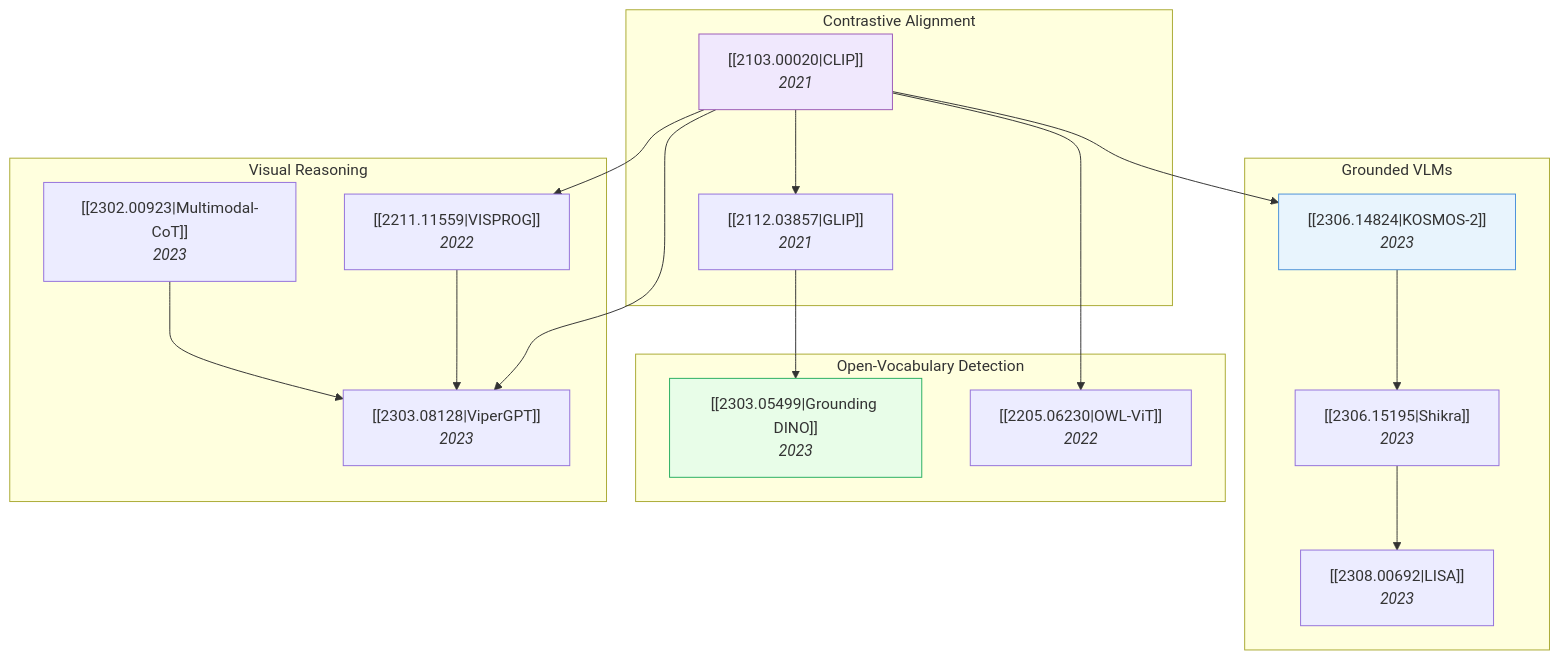
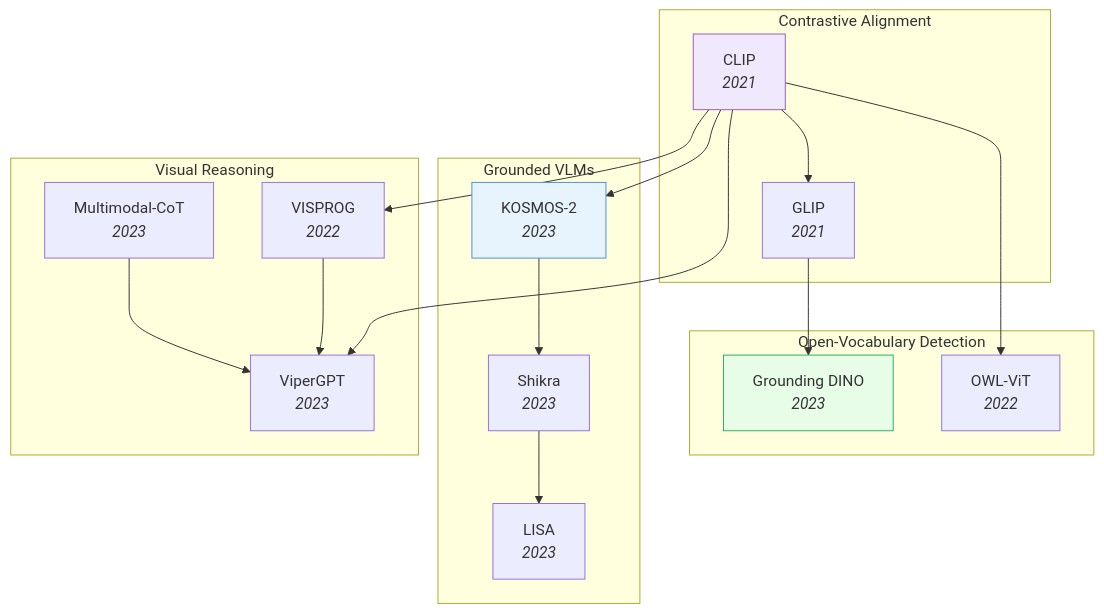
Before and after one commit to ChuaHanChong/ResearchBrain: the diagram in General/02_Vision-Language-Models.md, drawn with Mermaid. The commit also changed other lines of this file and 53 other files, not shown here.

````diff
--- a/General/02_Vision-Language-Models.md
+++ b/General/02_Vision-Language-Models.md
@@ -20,38 +20,38 @@
 ```mermaid
 graph TD
     subgraph "Contrastive Alignment"
-        A["[[2103.00020|CLIP]]<br/><i>2021</i>"]
-        B["[[2112.03857|GLIP]]<br/><i>2021</i>"]
+        A["CLIP<br/><i>2021</i>"]
+        B["GLIP<br/><i>2021</i>"]
+    end
+
+    subgraph "Open-Vocabulary Detection"
+        F["Grounding DINO<br/><i>2023</i>"]
+        G["OWL-ViT<br/><i>2022</i>"]
     end
 
     subgraph "Grounded VLMs"
-        C["[[2306.14824|KOSMOS-2]]<br/><i>2023</i>"]
-        D["[[2306.15195|Shikra]]<br/><i>2023</i>"]
-        E["[[2308.00692|LISA]]<br/><i>2023</i>"]
-    end
-
-    subgraph "Open-Vocabulary Detection"
-        F["[[2303.05499|Grounding DINO]]<br/><i>2023</i>"]
-        G["[[2205.06230|OWL-ViT]]<br/><i>2022</i>"]
+        C["KOSMOS-2<br/><i>2023</i>"]
+        D["Shikra<br/><i>2023</i>"]
+        E["LISA<br/><i>2023</i>"]
     end
 
     subgraph "Visual Reasoning"
-        H["[[2303.08128|ViperGPT]]<br/><i>2023</i>"]
-        I["[[2302.00923|Multimodal-CoT]]<br/><i>2023</i>"]
-        J["[[2211.11559|VISPROG]]<br/><i>2022</i>"]
+        H["ViperGPT<br/><i>2023</i>"]
+        I["Multimodal-CoT<br/><i>2023</i>"]
+        J["VISPROG<br/><i>2022</i>"]
     end
 
     A --> B --> F
     A --> C
     A --> G
     C --> D
     D --> E
     A --> H
     A --> J
     J --> H
     I --> H
 
     style A fill:#f0e8fd,stroke:#9b59b6
     style C fill:#e8f4fd,stroke:#4a90d9
     style F fill:#e8fde8,stroke:#27ae60
 ```
````
